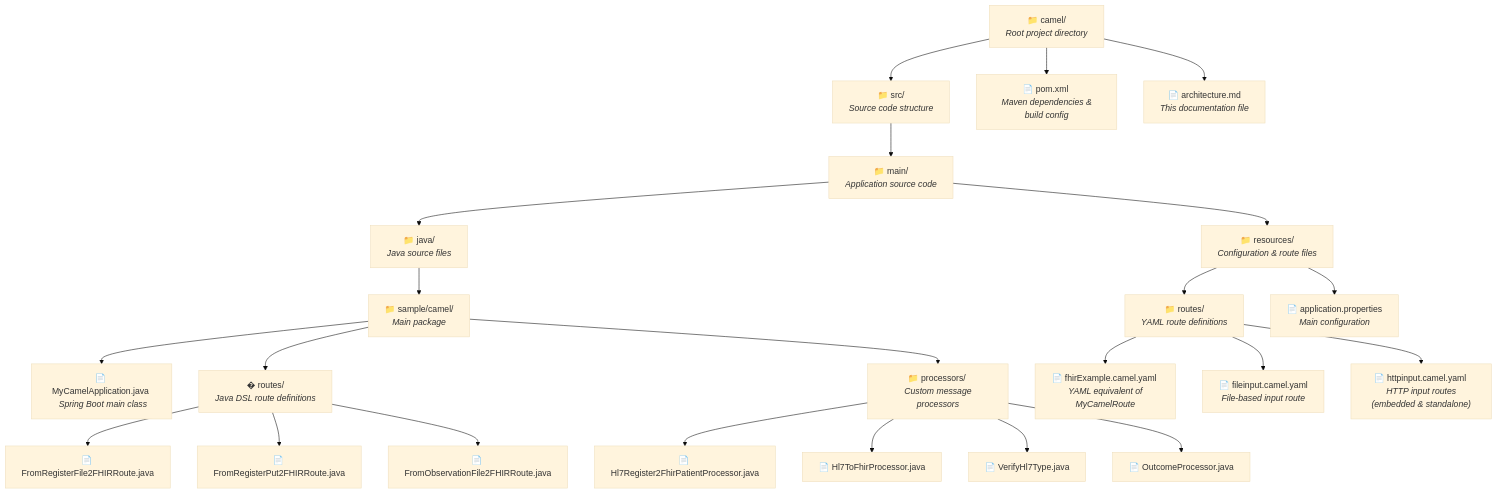
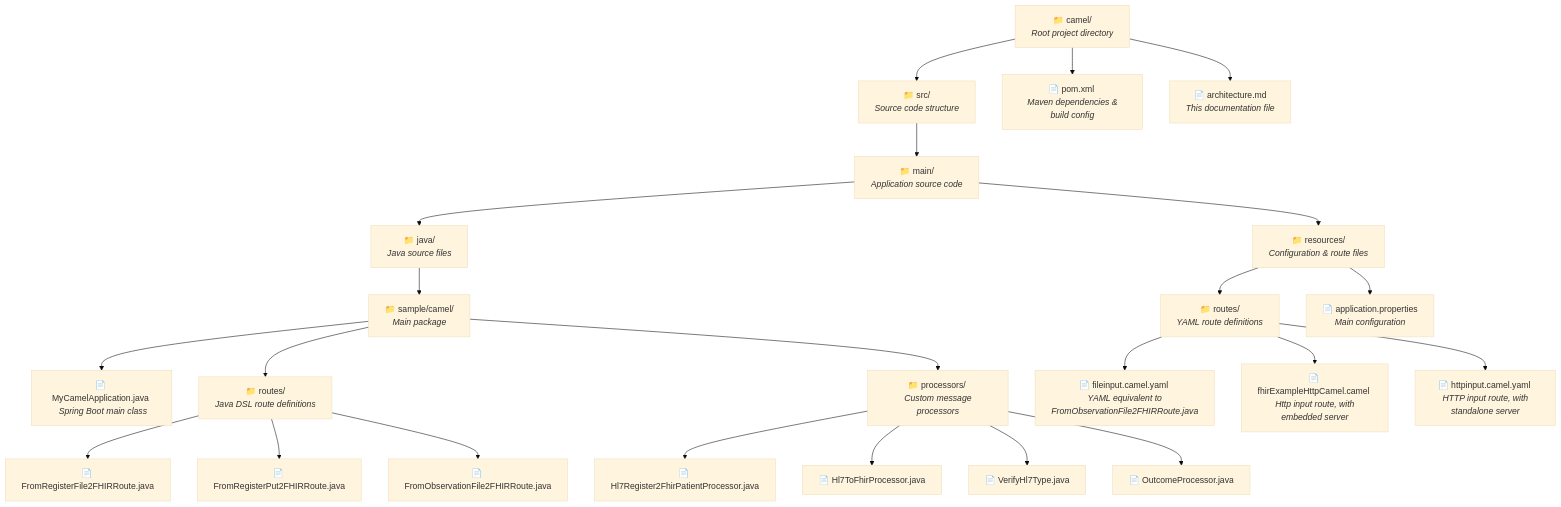
The second of 3 diagrams in architecture.md (ASS-MUIT/camel), drawn with Mermaid (base theme) before and after one commit. The commit also changed other lines of this file, not shown here.

````diff
--- a/architecture.md
+++ b/architecture.md
@@ -79,30 +80,30 @@
 ```mermaid
 graph TD
     A["📁 camel/ <br/> <em>Root project directory</em>"] --> B["📁 src/ <br/> <em>Source code structure</em>"]
     A --> C["📄 pom.xml <br/> <em>Maven dependencies & build config</em>"]
     A --> E["📄 architecture.md <br/> <em>This documentation file</em>"]
     
     B --> F["📁 main/ <br/> <em>Application source code</em>"]
     
     F --> H["📁 java/ <br/> <em>Java source files</em>"]
     F --> I["📁 resources/ <br/> <em>Configuration & route files</em>"]
     
     H --> J["📁 sample/camel/ <br/> <em>Main package</em>"]
     J --> K["📄 MyCamelApplication.java <br/> <em>Spring Boot main class</em>"]
-    J --> L["� routes/ <br/> <em>Java DSL route definitions</em>"]
+    J --> L["📁 routes/ <br/> <em>Java DSL route definitions</em>"]
     J --> P["📁 processors/ <br/> <em>Custom message processors</em>"]
     L --> Q1["📄 FromRegisterFile2FHIRRoute.java"]
     L --> Q2["📄 FromRegisterPut2FHIRRoute.java"]
     L --> Q3["📄 FromObservationFile2FHIRRoute.java"]
     P --> P1["📄 Hl7Register2FhirPatientProcessor.java"]
     P --> P2["📄 Hl7ToFhirProcessor.java"]
     P --> P3["📄 VerifyHl7Type.java"]
     P --> P4["📄 OutcomeProcessor.java"]
     
     I --> M["📁 routes/ <br/> <em>YAML route definitions</em>"]
     I --> N["📄 application.properties <br/> <em>Main configuration</em>"]
     
-    M --> Q["📄 fhirExample.camel.yaml <br/> <em>YAML equivalent of MyCamelRoute</em>"]
-    M --> R["📄 fileinput.camel.yaml <br/> <em>File-based input route</em>"]
-    M --> S["📄 httpinput.camel.yaml <br/> <em>HTTP input routes (embedded & standalone)</em>"]
+    M --> Q["📄 fileinput.camel.yaml <br/> <em>YAML equivalent to FromObservationFile2FHIRRoute.java</em>"]
+    M --> R["📄 fhirExampleHttpCamel.camel <br/> <em>Http input route, with embedded server</em>"]
+    M --> S["📄 httpinput.camel.yaml <br/> <em>HTTP input route, with standalone server</em>"]
 ```
````
